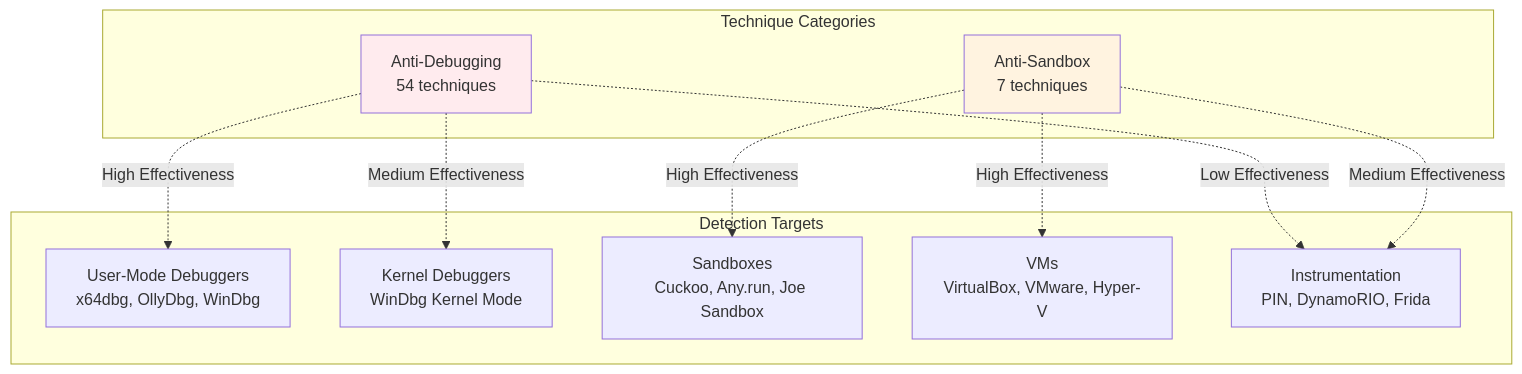
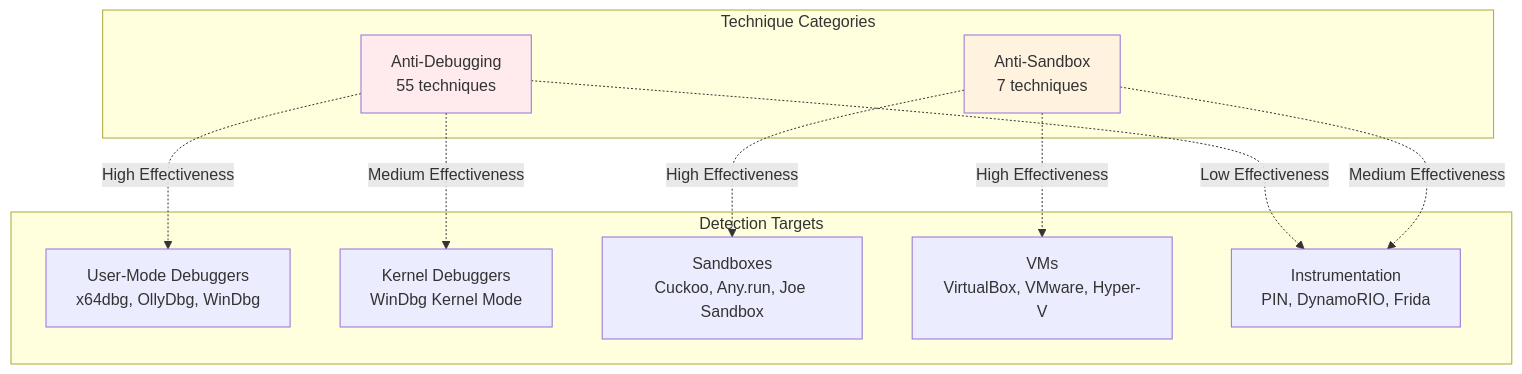
The seventh of 8 diagrams in docs/diagrams/taxonomy.md (mabj/anti), drawn with Mermaid before and after one commit. The commit also changed other lines of this file and 9 other files, not shown here.

````diff
--- a/docs/diagrams/taxonomy.md
+++ b/docs/diagrams/taxonomy.md
@@ -226,26 +227,26 @@
 ```mermaid
 graph TB
     subgraph Detection Targets
         T1[User-Mode Debuggers<br/>x64dbg, OllyDbg, WinDbg]
         T2[Kernel Debuggers<br/>WinDbg Kernel Mode]
         T3[Sandboxes<br/>Cuckoo, Any.run, Joe Sandbox]
         T4[VMs<br/>VirtualBox, VMware, Hyper-V]
         T5[Instrumentation<br/>PIN, DynamoRIO, Frida]
     end
 
     subgraph Technique Categories
-        C1[Anti-Debugging<br/>54 techniques]
+        C1[Anti-Debugging<br/>55 techniques]
         C2[Anti-Sandbox<br/>7 techniques]
     end
 
     C1 -.High Effectiveness.-> T1
     C1 -.Medium Effectiveness.-> T2
     C1 -.Low Effectiveness.-> T5
 
     C2 -.High Effectiveness.-> T3
     C2 -.High Effectiveness.-> T4
     C2 -.Medium Effectiveness.-> T5
 
     style C1 fill:#ffebee
     style C2 fill:#fff3e0
 ```
````
